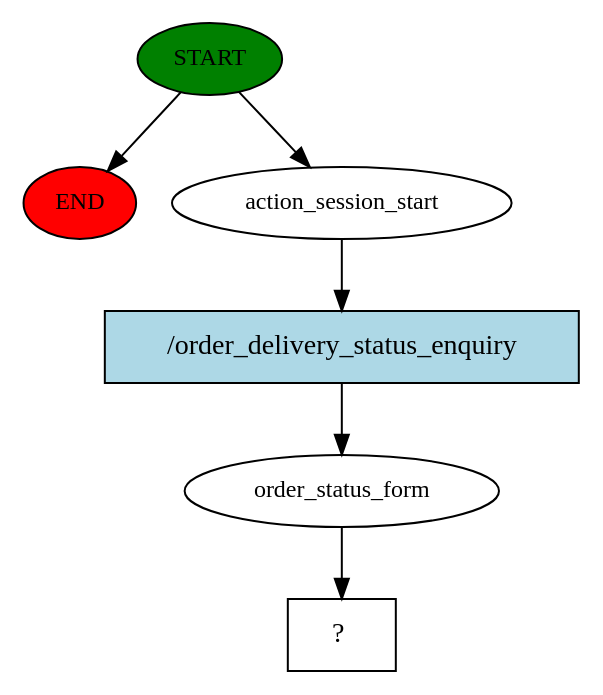
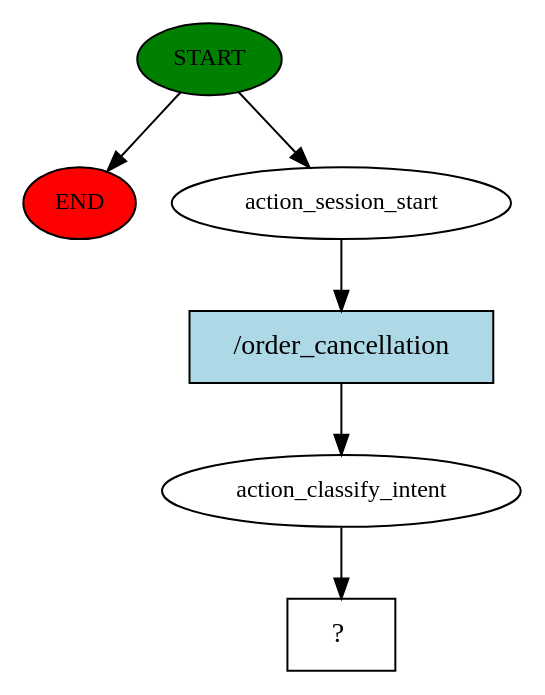
One commit to rakesh-panigrahy-ascent/deepbrain changed the diagram in brain/story_graph.dot. Above: the diagram before and after it, drawn with Graphviz. The commit also changed 153 other files, not shown here.

```diff
--- a/brain/story_graph.dot
+++ b/brain/story_graph.dot
@@ -1,13 +1,13 @@
 digraph  {
 0 [class="start active", fillcolor=green, fontsize=12, label=START, style=filled];
 "-1" [class=end, fillcolor=red, fontsize=12, label=END, style=filled];
 1 [class=active, fontsize=12, label=action_session_start];
-2 [class=active, fontsize=12, label=order_status_form];
+2 [class=active, fontsize=12, label=action_classify_intent];
 3 [class="intent dashed active", label="  ?  ", shape=rect];
-4 [class="intent active", fillcolor=lightblue, label="/order_delivery_status_enquiry", shape=rect, style=filled];
+4 [class="intent active", fillcolor=lightblue, label="/order_cancellation", shape=rect, style=filled];
 0 -> "-1"  [class="", key=NONE, label=""];
 0 -> 1  [class=active, key=NONE, label=""];
 1 -> 4  [class=active, key=0];
 2 -> 3  [class=active, key=NONE, label=""];
 4 -> 2  [class=active, key=0];
 }
```
